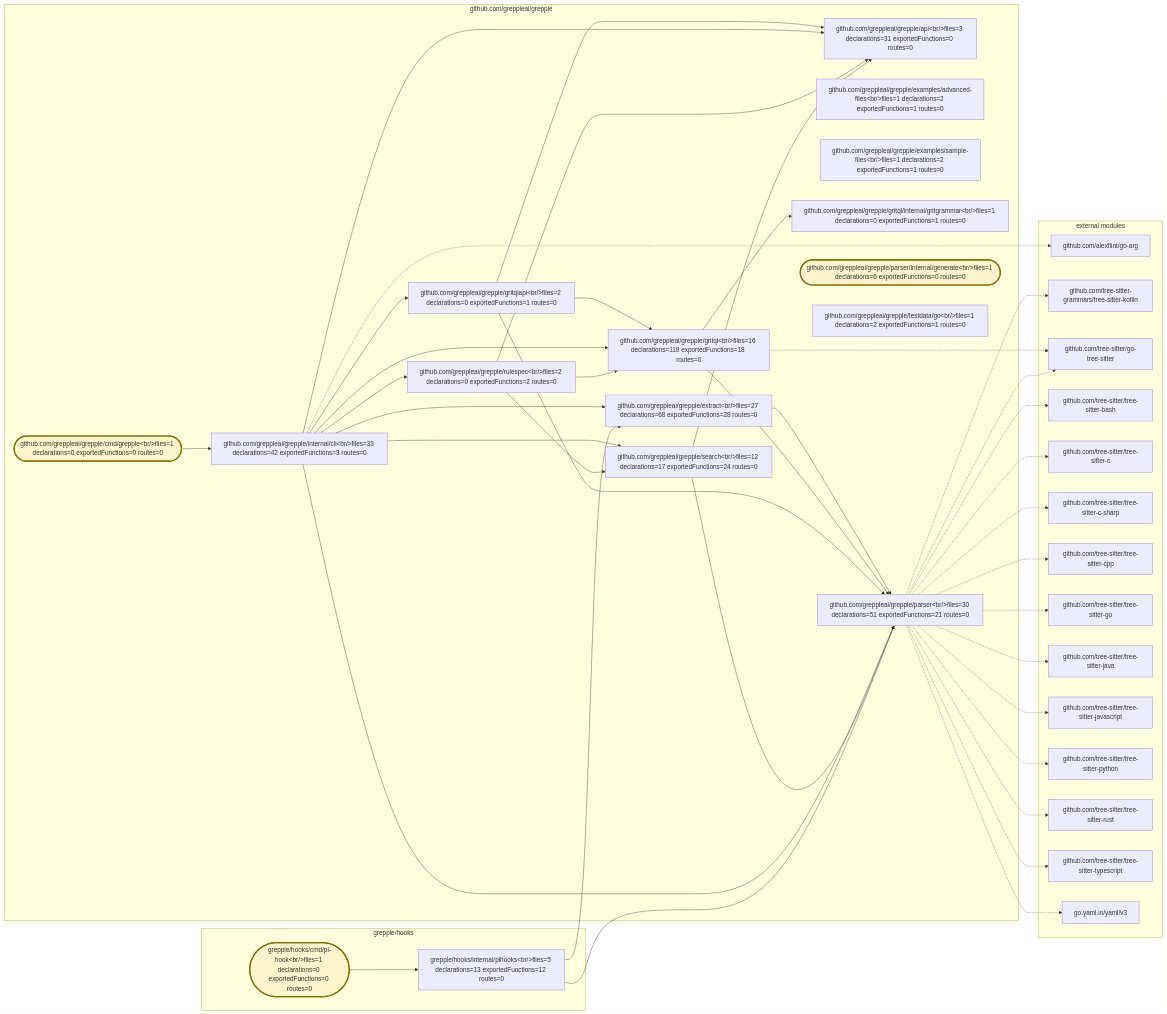
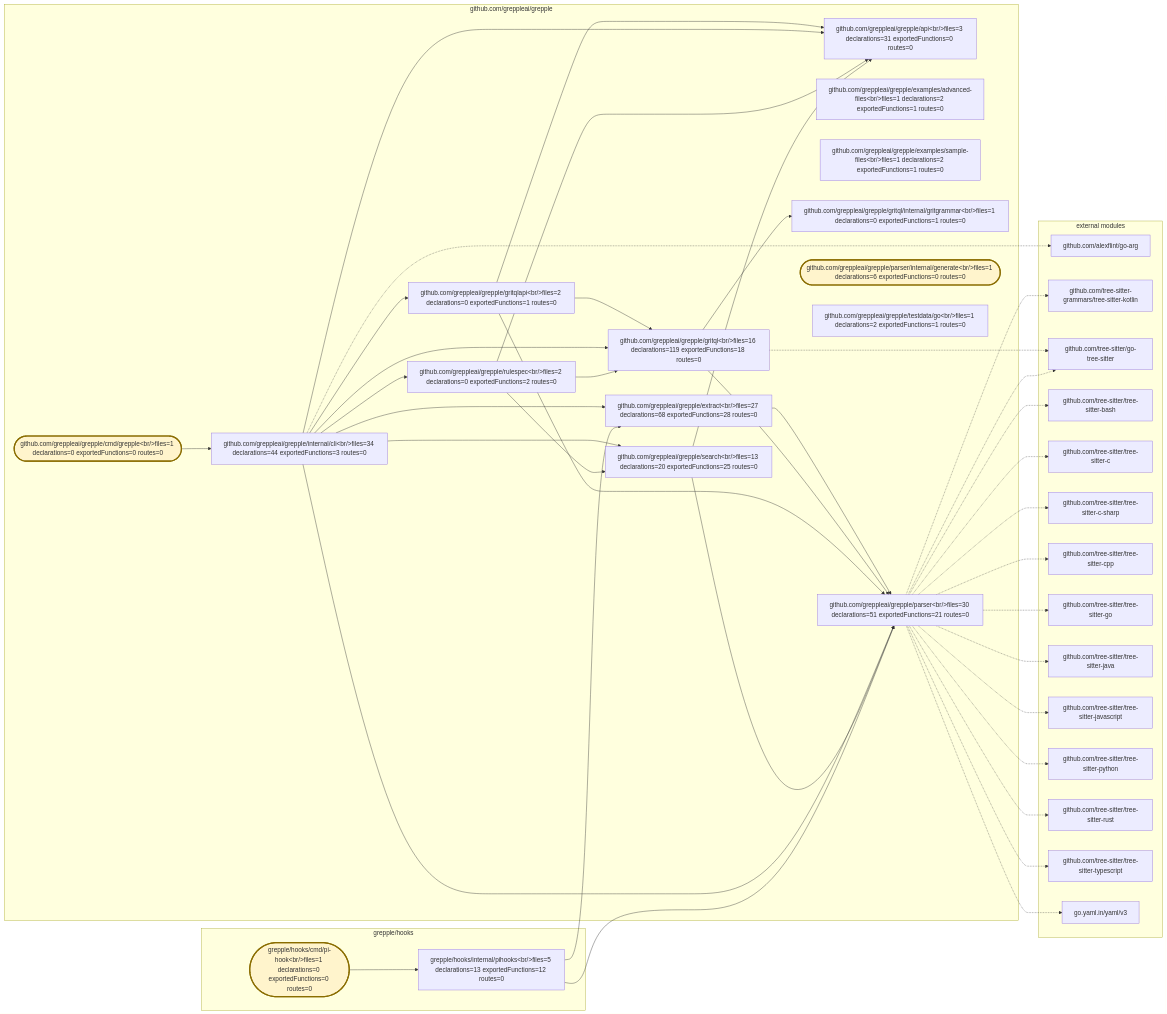
Before and after one commit to greppleai/grepple: the diagram in .grepple/project.workspace/overview.mmd, drawn with Mermaid. The commit also changed 14 other files, not shown here.

Commit message:
feat: diff semantic navigation graphs

```diff
--- a/.grepple/project.workspace/overview.mmd
+++ b/.grepple/project.workspace/overview.mmd
@@ -1,78 +1,78 @@
 flowchart LR
     classDef entrypoint fill:#fff4cc,stroke:#8a6d00,stroke-width:3px
     subgraph module_0["github.com/greppleai/grepple"]
         package_0["github.com/greppleai/grepple/api&lt;br/&gt;files=3 declarations=31 exportedFunctions=0 routes=0"]
         package_1(["github.com/greppleai/grepple/cmd/grepple&lt;br/&gt;files=1 declarations=0 exportedFunctions=0 routes=0"])
         class package_1 entrypoint
         package_2["github.com/greppleai/grepple/examples/advanced-files&lt;br/&gt;files=1 declarations=2 exportedFunctions=1 routes=0"]
         package_3["github.com/greppleai/grepple/examples/sample-files&lt;br/&gt;files=1 declarations=2 exportedFunctions=1 routes=0"]
         package_4["github.com/greppleai/grepple/extract&lt;br/&gt;files=27 declarations=68 exportedFunctions=28 routes=0"]
         package_5["github.com/greppleai/grepple/gritql&lt;br/&gt;files=16 declarations=119 exportedFunctions=18 routes=0"]
         package_6["github.com/greppleai/grepple/gritql/internal/gritgrammar&lt;br/&gt;files=1 declarations=0 exportedFunctions=1 routes=0"]
         package_7["github.com/greppleai/grepple/gritqlapi&lt;br/&gt;files=2 declarations=0 exportedFunctions=1 routes=0"]
-        package_8["github.com/greppleai/grepple/internal/cli&lt;br/&gt;files=33 declarations=42 exportedFunctions=3 routes=0"]
+        package_8["github.com/greppleai/grepple/internal/cli&lt;br/&gt;files=34 declarations=44 exportedFunctions=3 routes=0"]
         package_9["github.com/greppleai/grepple/parser&lt;br/&gt;files=30 declarations=51 exportedFunctions=21 routes=0"]
         package_10(["github.com/greppleai/grepple/parser/internal/generate&lt;br/&gt;files=1 declarations=6 exportedFunctions=0 routes=0"])
         class package_10 entrypoint
         package_11["github.com/greppleai/grepple/rulespec&lt;br/&gt;files=2 declarations=0 exportedFunctions=2 routes=0"]
-        package_12["github.com/greppleai/grepple/search&lt;br/&gt;files=12 declarations=17 exportedFunctions=24 routes=0"]
+        package_12["github.com/greppleai/grepple/search&lt;br/&gt;files=13 declarations=20 exportedFunctions=25 routes=0"]
         package_13["github.com/greppleai/grepple/testdata/go&lt;br/&gt;files=1 declarations=2 exportedFunctions=1 routes=0"]
     end
     subgraph module_1["grepple/hooks"]
         package_14(["grepple/hooks/cmd/pi-hook&lt;br/&gt;files=1 declarations=0 exportedFunctions=0 routes=0"])
         class package_14 entrypoint
         package_15["grepple/hooks/internal/pihooks&lt;br/&gt;files=5 declarations=13 exportedFunctions=12 routes=0"]
     end
     package_1 --> package_8
     package_4 --> package_9
     package_5 --> package_6
     package_5 --> package_9
     package_7 --> package_0
     package_7 --> package_5
     package_7 --> package_9
     package_8 --> package_0
     package_8 --> package_4
     package_8 --> package_5
     package_8 --> package_7
     package_8 --> package_9
     package_8 --> package_11
     package_8 --> package_12
     package_11 --> package_0
     package_11 --> package_5
     package_11 --> package_12
     package_12 --> package_0
     package_12 --> package_9
     package_14 --> package_15
     package_15 --> package_4
     package_15 --> package_9
     subgraph external_dependencies["external modules"]
         external_0["github.com/alexflint/go-arg"]
         external_1["github.com/tree-sitter-grammars/tree-sitter-kotlin"]
         external_2["github.com/tree-sitter/go-tree-sitter"]
         external_3["github.com/tree-sitter/tree-sitter-bash"]
         external_4["github.com/tree-sitter/tree-sitter-c"]
         external_5["github.com/tree-sitter/tree-sitter-c-sharp"]
         external_6["github.com/tree-sitter/tree-sitter-cpp"]
         external_7["github.com/tree-sitter/tree-sitter-go"]
         external_8["github.com/tree-sitter/tree-sitter-java"]
         external_9["github.com/tree-sitter/tree-sitter-javascript"]
         external_10["github.com/tree-sitter/tree-sitter-python"]
         external_11["github.com/tree-sitter/tree-sitter-rust"]
         external_12["github.com/tree-sitter/tree-sitter-typescript"]
         external_13["go.yaml.in/yaml/v3"]
     end
     package_8 -.-> external_0
     package_9 -.-> external_1
     package_5 -.-> external_2
     package_9 -.-> external_2
     package_9 -.-> external_3
     package_9 -.-> external_4
     package_9 -.-> external_5
     package_9 -.-> external_6
     package_9 -.-> external_7
     package_9 -.-> external_8
     package_9 -.-> external_9
     package_9 -.-> external_10
     package_9 -.-> external_11
     package_9 -.-> external_12
     package_9 -.-> external_13
```
